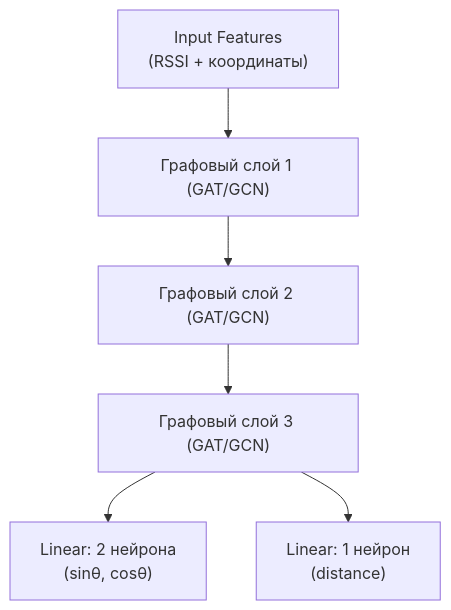
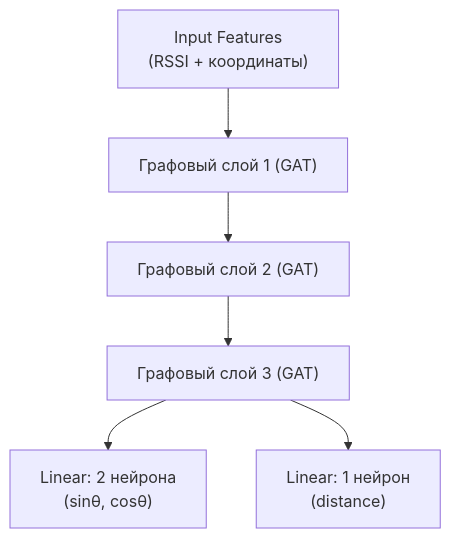
Before and after one commit to NISSAN-180SX-NISMO/oculuz-pupon: the diagram in README.md, drawn with Mermaid. The commit also changed other lines of this file, not shown here.

````diff
--- a/README.md
+++ b/README.md
@@ -179,8 +197,8 @@
 ```mermaid
 graph TD
-    A["Input Features<br>(RSSI + координаты)"] --> B["Графовый слой 1 (GAT/GCN)"]
-    B --> C["Графовый слой 2 (GAT/GCN)"]
-    C --> D["Графовый слой 3 (GAT/GCN)"]
+    A["Input Features<br>(RSSI + координаты)"] --> B["Графовый слой 1 (GAT)"]
+    B --> C["Графовый слой 2 (GAT)"]
+    C --> D["Графовый слой 3 (GAT)"]
     D --> E["Linear: 2 нейрона<br>(sinθ, cosθ)"]
     D --> F["Linear: 1 нейрон<br>(distance)"]
 ```
````
